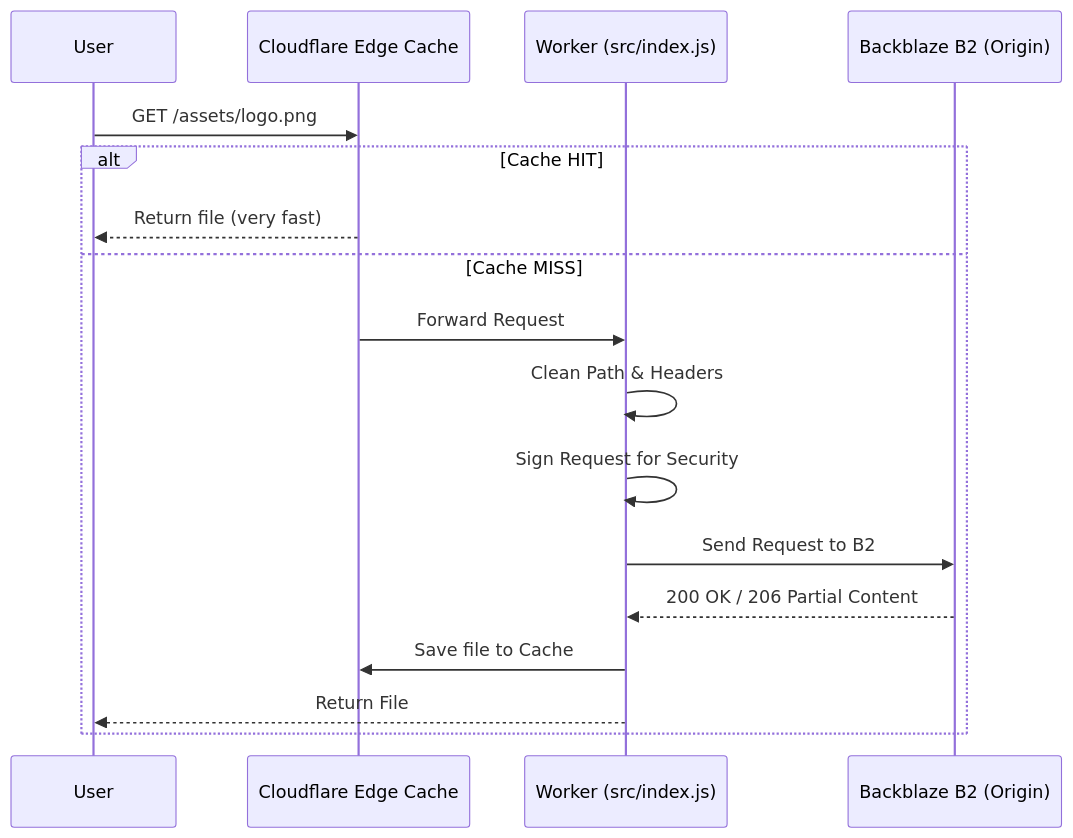
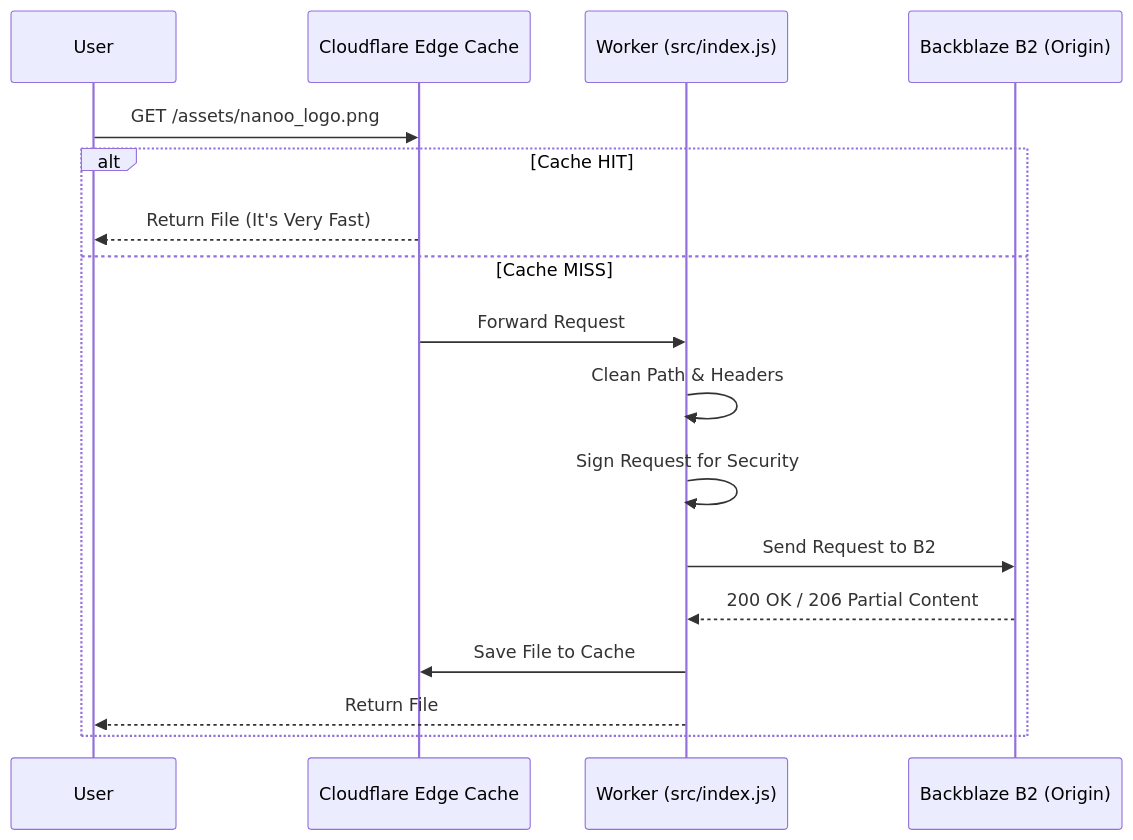
Before and after one commit to nanoolabs/nanoocdn: the second of 2 diagrams in ARCHITECTURE.md, drawn with Mermaid. The commit also changed 15 other files, not shown here.

````diff
--- a/ARCHITECTURE.md
+++ b/ARCHITECTURE.md
@@ -39,20 +39,20 @@
 ```mermaid
 sequenceDiagram
     participant U as User
     participant E as Cloudflare Edge Cache
     participant W as Worker (src/index.js)
     participant B as Backblaze B2 (Origin)
 
-    U->>E: GET /assets/logo.png
+    U->>E: GET /assets/nanoo_logo.png
     alt Cache HIT
-        E-->>U: Return file (very fast)
+        E-->>U: Return File (It's Very Fast)
     else Cache MISS
         E->>W: Forward Request
         W->>W: Clean Path & Headers
         W->>W: Sign Request for Security
         W->>B: Send Request to B2
         B-->>W: 200 OK / 206 Partial Content
-        W->>E: Save file to Cache
+        W->>E: Save File to Cache
         W-->>U: Return File
     end
 ```
````
